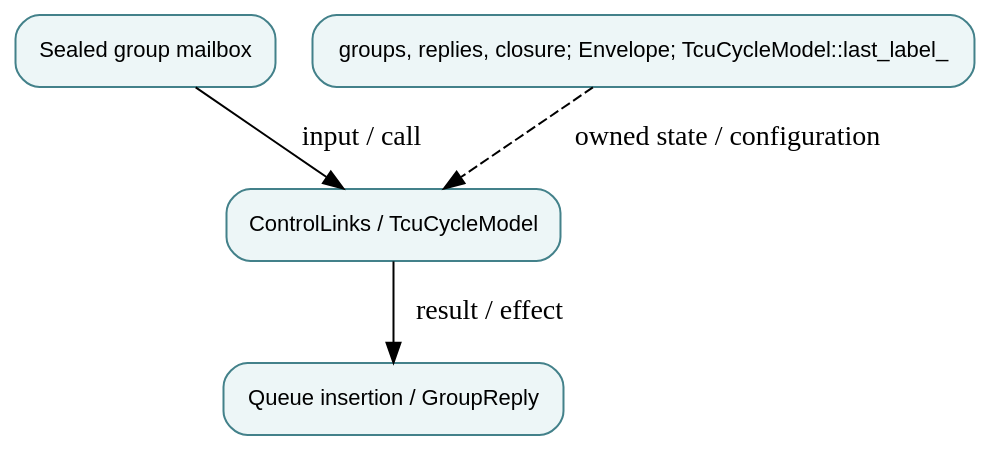
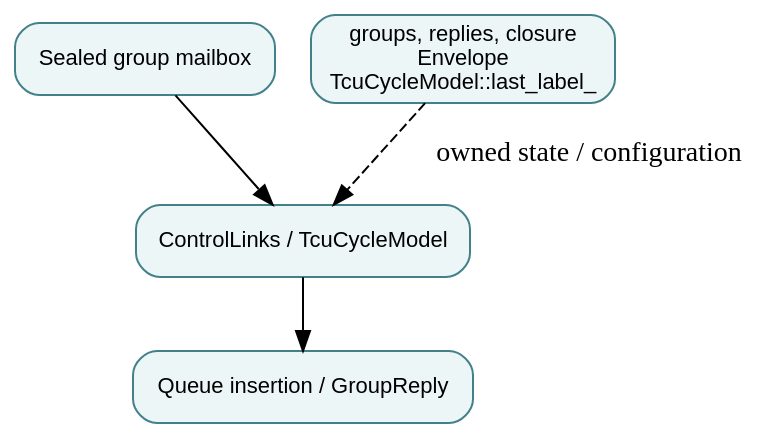
The diagram in docs/modules/command-crossing-and-admission.md (qsbit-org/qsbit-sim), drawn with Graphviz before and after one commit. The commit also changed other lines of this file and 41 other files, not shown here.

````diff
--- a/docs/modules/command-crossing-and-admission.md
+++ b/docs/modules/command-crossing-and-admission.md
@@ -17,11 +15,11 @@
 ```{graphviz}
 digraph module {
   rankdir=TB; bgcolor="transparent";
   node [shape=box, style="rounded,filled", fillcolor="#edf6f7", color="#43818a", fontname="sans-serif", fontsize=11];
   input [label="Sealed group mailbox"];
   owner [label="ControlLinks / TcuCycleModel"];
-  state [label="groups, replies, closure; Envelope; TcuCycleModel::last_label_"];
+  state [label="groups, replies, closure\nEnvelope\nTcuCycleModel::last_label_"];
   output [label="Queue insertion / GroupReply"];
-  input -> owner [label="input / call"]; owner -> output [label="result / effect"]; state -> owner [style=dashed, label="owned state / configuration"];
+  input -> owner; owner -> output; state -> owner [style=dashed, label="owned state / configuration"];
 }
 ```
````
